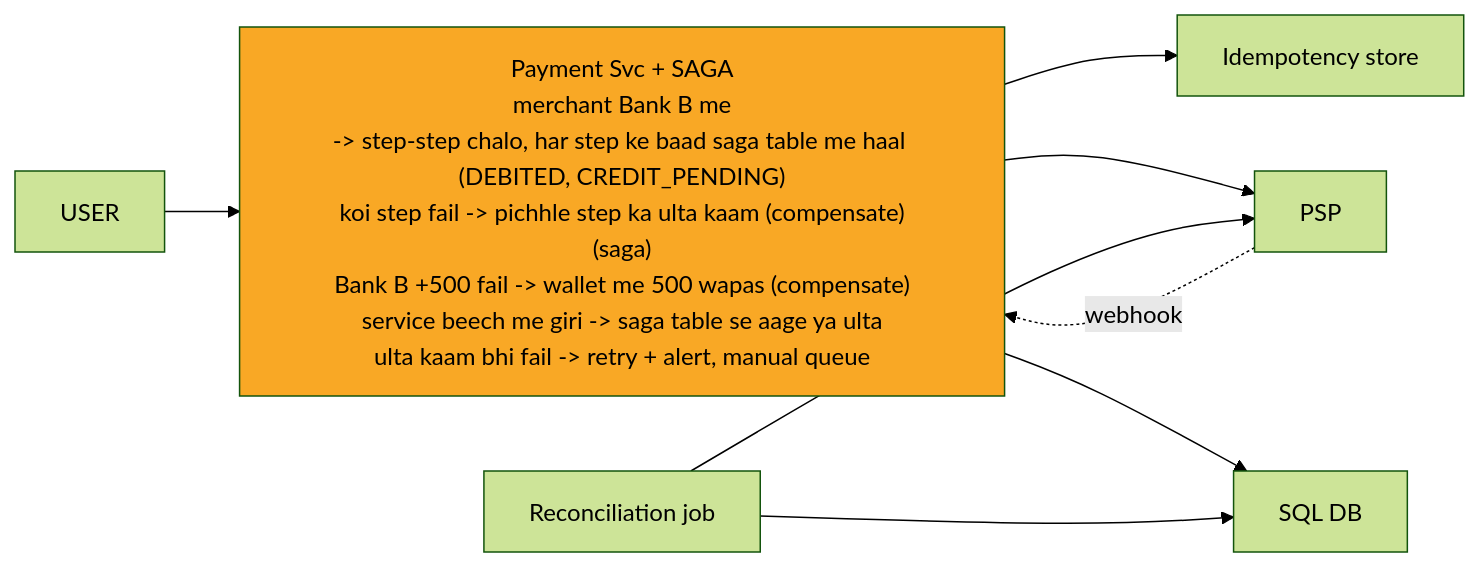
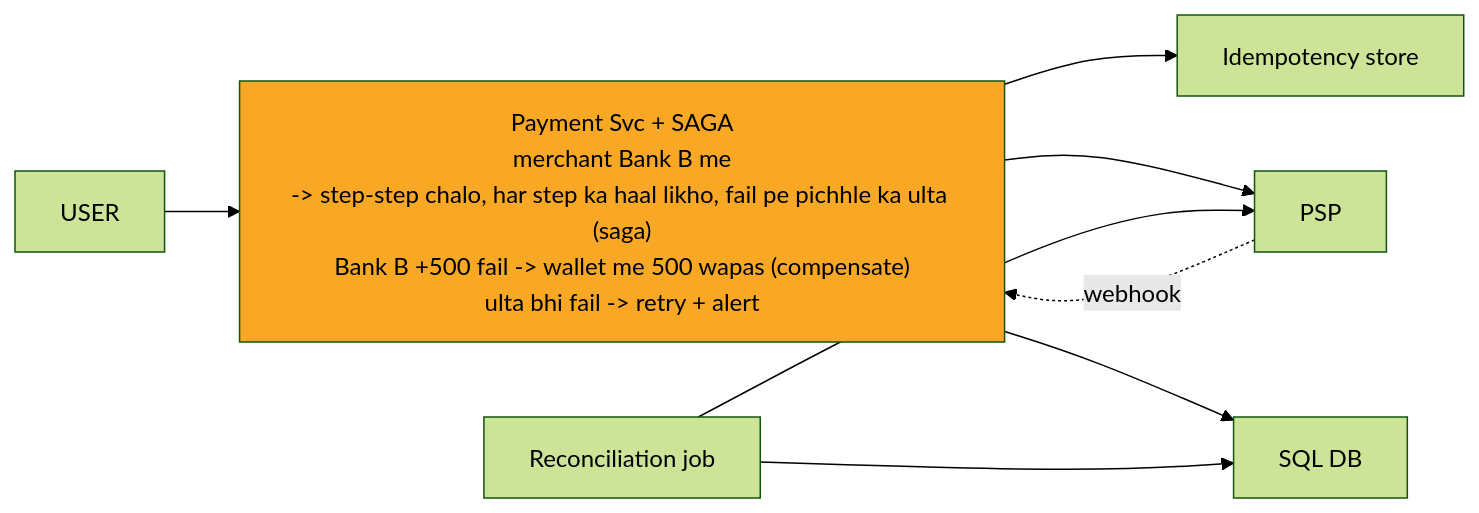
One commit to ArpanMaheshwari144/Prep changed the diagram in 04_HLD/SYSTEM_DESIGNS/06_payment_system/img/c6.mmd. Above: the diagram before and after it, drawn with Mermaid (forest theme). The commit also changed 42 other files, not shown here.

```diff
--- a/04_HLD/SYSTEM_DESIGNS/06_payment_system/img/c6.mmd
+++ b/04_HLD/SYSTEM_DESIGNS/06_payment_system/img/c6.mmd
@@ -1,16 +1,16 @@
 %%{init: {"flowchart": {"wrappingWidth": 450}}}%%
 flowchart LR
     n_USER["USER"]
-    n_Payment_Svc["Payment Svc + SAGA<br/>merchant Bank B me<br/>-> step-step chalo, har step ke baad saga table me haal (DEBITED, CREDIT_PENDING)<br/>koi step fail -> pichhle step ka ulta kaam (compensate)<br/>(saga)<br/>Bank B +500 fail -> wallet me 500 wapas (compensate)<br/>service beech me giri -> saga table se aage ya ulta<br/>ulta kaam bhi fail -> retry + alert, manual queue"]
+    n_Payment_Svc["Payment Svc + SAGA<br/>merchant Bank B me<br/>-> step-step chalo, har step ka haal likho, fail pe pichhle ka ulta (saga)<br/>Bank B +500 fail -> wallet me 500 wapas (compensate)<br/>ulta bhi fail -> retry + alert"]
     n_Idempotency_store["Idempotency store"]
     n_PSP["PSP"]
     n_DB["SQL DB"]
     n_Reconciliation_job["Reconciliation job"]
     n_USER --> n_Payment_Svc
     n_Payment_Svc --> n_Idempotency_store
     n_Payment_Svc --> n_PSP
     n_Payment_Svc --> n_DB
     n_Reconciliation_job --> n_DB
     n_Reconciliation_job --> n_PSP
     n_PSP -.->|webhook| n_Payment_Svc
     style n_Payment_Svc fill:#f9a825,color:#000
```
